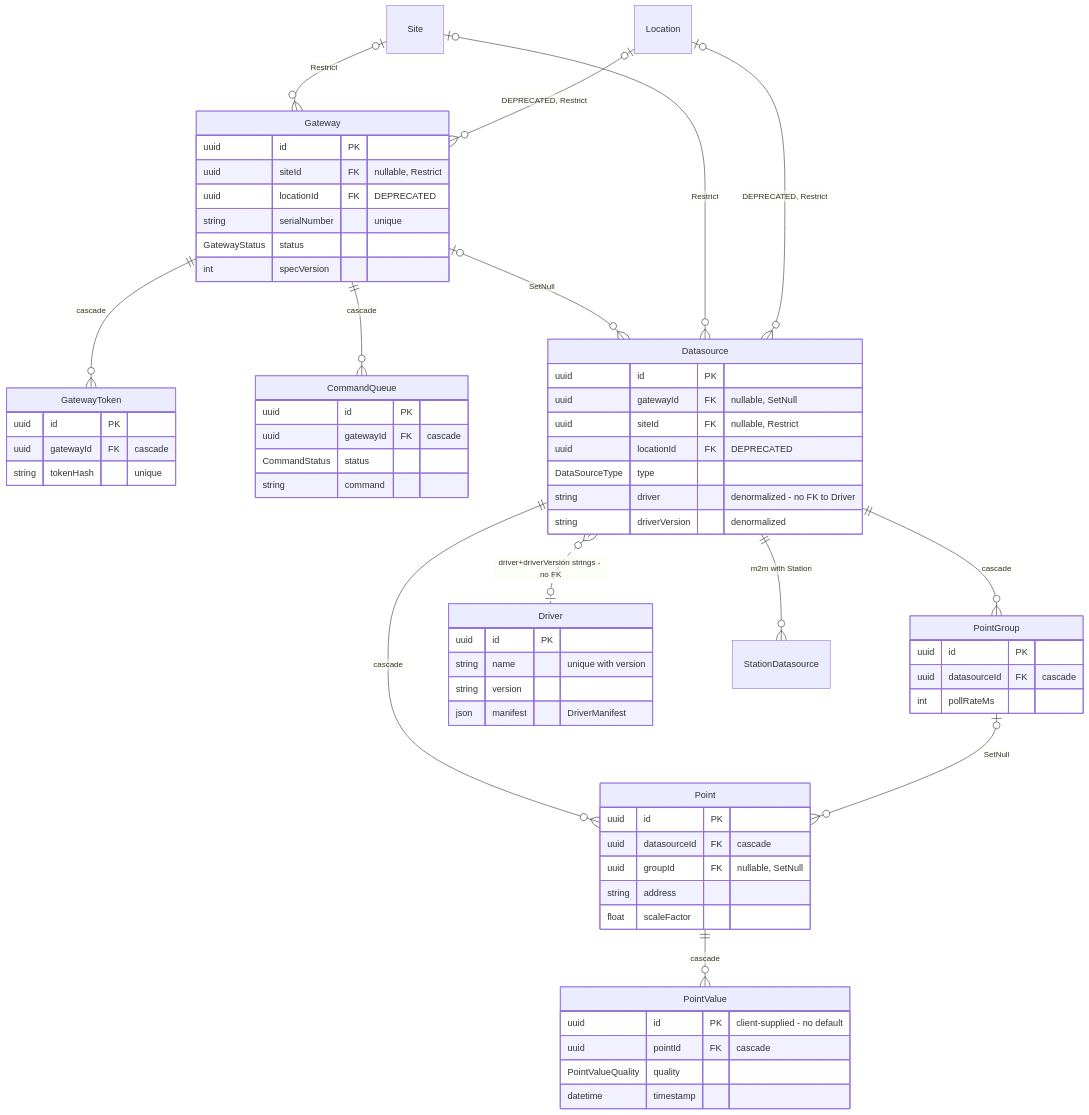
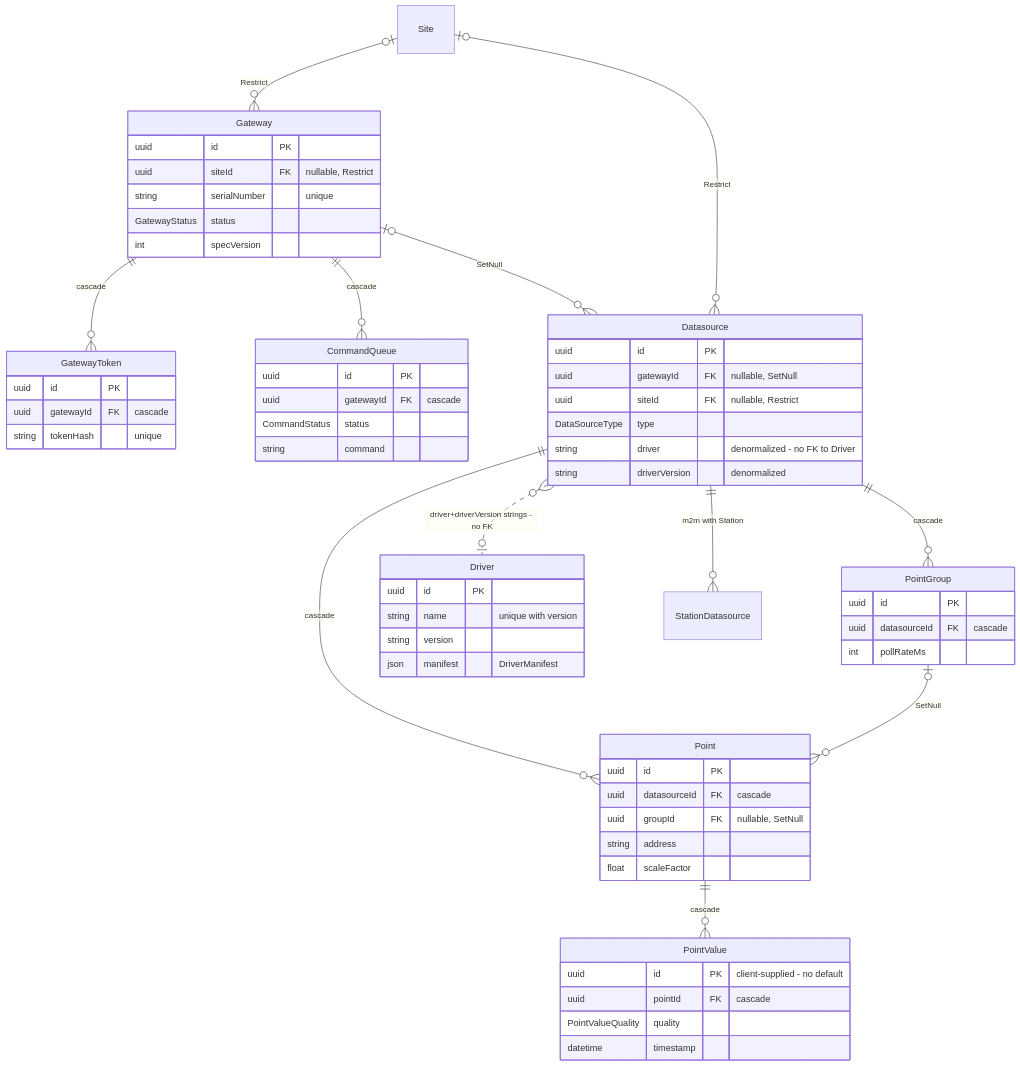
Diagram 14 of 17 in docs/architecture/erd.md (rockwarehq/rw-server), drawn with Mermaid before and after one commit. The commit also changed other lines of this file and 32 other files, not shown here.

````diff
--- a/docs/architecture/erd.md
+++ b/docs/architecture/erd.md
@@ -890,69 +835,65 @@
 ```mermaid
 erDiagram
   Gateway {
     uuid id PK
     uuid siteId FK "nullable, Restrict"
-    uuid locationId FK "DEPRECATED"
     string serialNumber "unique"
     GatewayStatus status
     int specVersion
   }
   GatewayToken {
     uuid id PK
     uuid gatewayId FK "cascade"
     string tokenHash "unique"
   }
   CommandQueue {
     uuid id PK
     uuid gatewayId FK "cascade"
     CommandStatus status
     string command
   }
   Datasource {
     uuid id PK
     uuid gatewayId FK "nullable, SetNull"
     uuid siteId FK "nullable, Restrict"
-    uuid locationId FK "DEPRECATED"
     DataSourceType type
     string driver "denormalized - no FK to Driver"
     string driverVersion "denormalized"
   }
   PointGroup {
     uuid id PK
     uuid datasourceId FK "cascade"
     int pollRateMs
   }
   Point {
     uuid id PK
     uuid datasourceId FK "cascade"
     uuid groupId FK "nullable, SetNull"
     string address
     float scaleFactor
   }
   PointValue {
     uuid id PK "client-supplied - no default"
     uuid pointId FK "cascade"
     PointValueQuality quality
     datetime timestamp
   }
   Driver {
     uuid id PK
     string name "unique with version"
     string version
     json manifest "DriverManifest"
   }
 
   Site |o--o{ Gateway : "Restrict"
-  Location |o--o{ Gateway : "DEPRECATED, Restrict"
   Gateway ||--o{ GatewayToken : "cascade"
   Gateway ||--o{ CommandQueue : "cascade"
   Gateway |o--o{ Datasource : "SetNull"
   Site |o--o{ Datasource : "Restrict"
-  Location |o--o{ Datasource : "DEPRECATED, Restrict"
   Datasource ||--o{ PointGroup : "cascade"
   Datasource ||--o{ Point : "cascade"
   PointGroup |o--o{ Point : "SetNull"
   Point ||--o{ PointValue : "cascade"
   Datasource }o..o| Driver : "driver+driverVersion strings - no FK"
   Datasource ||--o{ StationDatasource : "m2m with Station"
 ```
````
